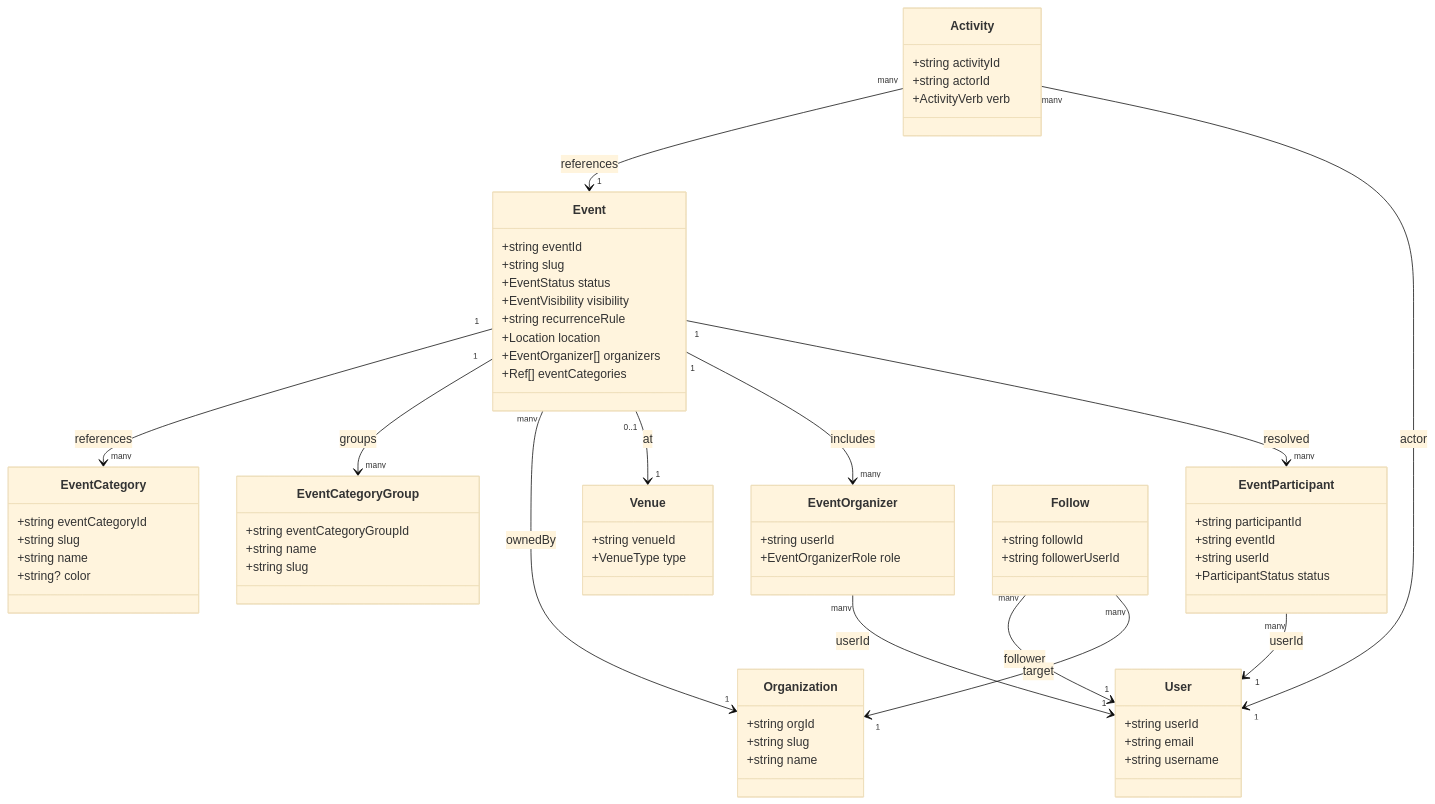
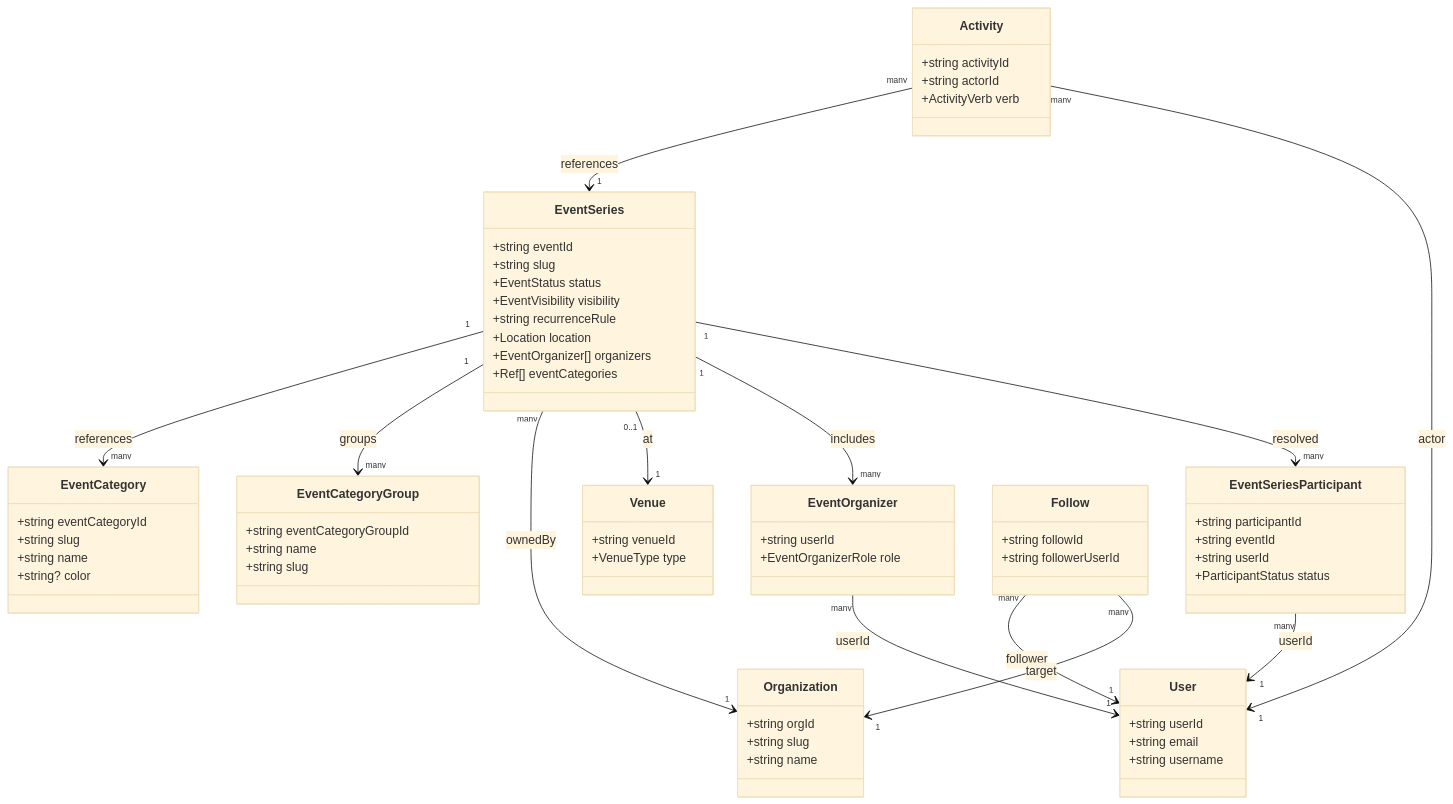
The diagram in docs/api/data-model.md (4romgod/gatherle-monorepo), drawn with Mermaid (base theme) before and after one commit. The commit also changed other lines of this file and 139 other files, not shown here.

Commit message:
refactor(commons,api,webapp): rename Event to EventSeries and EventParticipant to EventSeriesParticipant

````diff
--- a/docs/api/data-model.md
+++ b/docs/api/data-model.md
@@ -36,70 +36,70 @@
 ```mermaid
 classDiagram
-    class Event {
+    class EventSeries {
         +string eventId
         +string slug
         +EventStatus status
         +EventVisibility visibility
         +string recurrenceRule
         +Location location
         +EventOrganizer[] organizers
         +Ref<EventCategory>[] eventCategories
     }
     class EventCategory {
         +string eventCategoryId
         +string slug
         +string name
         +string? color
     }
     class EventCategoryGroup {
         +string eventCategoryGroupId
         +string name
         +string slug
     }
     class Organization {
         +string orgId
         +string slug
         +string name
     }
     class Venue {
         +string venueId
         +VenueType type
     }
     class User {
         +string userId
         +string email
         +string username
     }
     class EventOrganizer {
         +string userId
         +EventOrganizerRole role
     }
-    class EventParticipant {
+    class EventSeriesParticipant {
         +string participantId
         +string eventId
         +string userId
         +ParticipantStatus status
     }
     class Activity {
         +string activityId
         +string actorId
         +ActivityVerb verb
     }
     class Follow {
         +string followId
         +string followerUserId
     }
 
-    Event "1" --> "many" EventCategory : references
-    Event "1" --> "many" EventCategoryGroup : groups
-    Event "many" --> "1" Organization : ownedBy
-    Event "0..1" --> "1" Venue : at
-    Event "1" --> "many" EventOrganizer : includes
-    Event "1" --> "many" EventParticipant : resolved
+    EventSeries "1" --> "many" EventCategory : references
+    EventSeries "1" --> "many" EventCategoryGroup : groups
+    EventSeries "many" --> "1" Organization : ownedBy
+    EventSeries "0..1" --> "1" Venue : at
+    EventSeries "1" --> "many" EventOrganizer : includes
+    EventSeries "1" --> "many" EventSeriesParticipant : resolved
     EventOrganizer "many" --> "1" User : userId
-    EventParticipant "many" --> "1" User : userId
-    Activity "many" --> "1" Event : references
+    EventSeriesParticipant "many" --> "1" User : userId
+    Activity "many" --> "1" EventSeries : references
     Activity "many" --> "1" User : actor
     Follow "many" --> "1" User : follower
     Follow "many" --> "1" Organization : target
 ```
````
